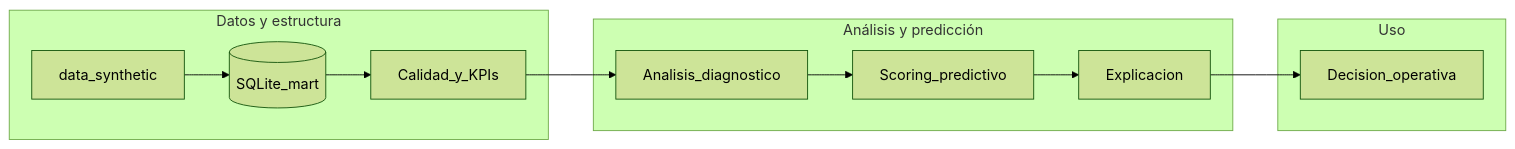
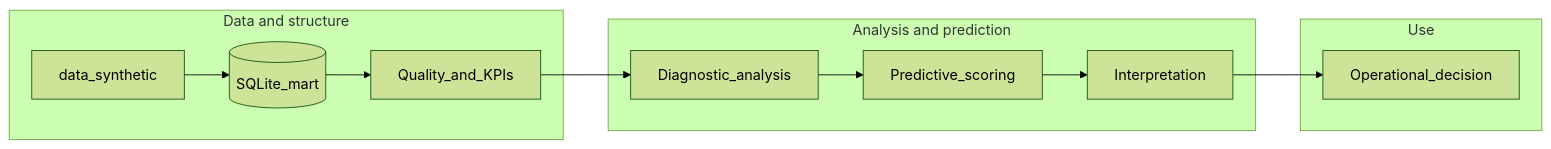
The first of 2 diagrams in docs/architecture.md (Agus-Delgado/Paradigm-), drawn with Mermaid (forest theme) before and after one commit. The commit also changed other lines of this file and 20 other files, not shown here.

````diff
--- a/docs/architecture.md
+++ b/docs/architecture.md
@@ -42,22 +42,22 @@
 ```mermaid
 flowchart LR
-  subgraph entrada ["Datos y estructura"]
+  subgraph entrada ["Data and structure"]
     Syn[data_synthetic]
     Mart[(SQLite_mart)]
-    Qual[Calidad_y_KPIs]
+    Qual[Quality_and_KPIs]
   end
-  subgraph analisis ["Análisis y predicción"]
-    Diag[Analisis_diagnostico]
-    Score[Scoring_predictivo]
-    Expl[Explicacion]
+  subgraph analisis ["Analysis and prediction"]
+    Diag[Diagnostic_analysis]
+    Score[Predictive_scoring]
+    Expl[Interpretation]
   end
-  subgraph usoSalida ["Uso"]
-    Dec[Decision_operativa]
+  subgraph usoSalida ["Use"]
+    Dec[Operational_decision]
   end
   Syn --> Mart
   Mart --> Qual
   Qual --> Diag
   Diag --> Score
   Score --> Expl
   Expl --> Dec
 ```
````
